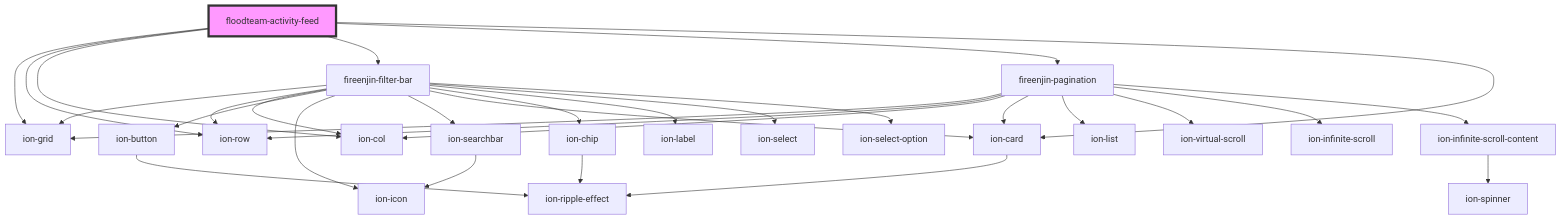
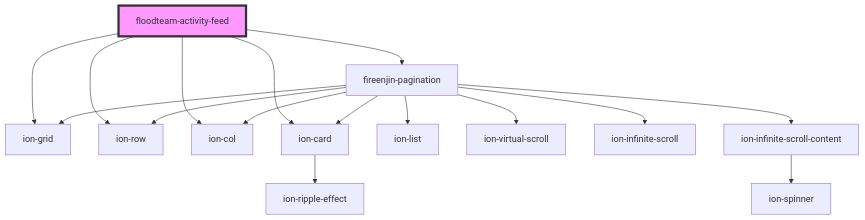
One commit to FloodTeam/components changed the diagram in src/components/activity-feed/readme.md. Above: the diagram before and after it, drawn with Mermaid. The commit also changed other lines of this file and 3 other files, not shown here.

````diff
--- a/src/components/activity-feed/readme.md
+++ b/src/components/activity-feed/readme.md
@@ -36,34 +35,19 @@
 ```mermaid
 graph TD;
   floodteam-activity-feed --> ion-grid
   floodteam-activity-feed --> ion-row
   floodteam-activity-feed --> ion-col
-  floodteam-activity-feed --> fireenjin-filter-bar
   floodteam-activity-feed --> fireenjin-pagination
   floodteam-activity-feed --> ion-card
-  fireenjin-filter-bar --> ion-grid
-  fireenjin-filter-bar --> ion-row
-  fireenjin-filter-bar --> ion-col
-  fireenjin-filter-bar --> ion-button
-  fireenjin-filter-bar --> ion-icon
-  fireenjin-filter-bar --> ion-searchbar
-  fireenjin-filter-bar --> ion-card
-  fireenjin-filter-bar --> ion-chip
-  fireenjin-filter-bar --> ion-label
-  fireenjin-filter-bar --> ion-select
-  fireenjin-filter-bar --> ion-select-option
-  ion-button --> ion-ripple-effect
-  ion-searchbar --> ion-icon
-  ion-card --> ion-ripple-effect
-  ion-chip --> ion-ripple-effect
   fireenjin-pagination --> ion-grid
   fireenjin-pagination --> ion-row
   fireenjin-pagination --> ion-col
   fireenjin-pagination --> ion-card
   fireenjin-pagination --> ion-list
   fireenjin-pagination --> ion-virtual-scroll
   fireenjin-pagination --> ion-infinite-scroll
   fireenjin-pagination --> ion-infinite-scroll-content
+  ion-card --> ion-ripple-effect
   ion-infinite-scroll-content --> ion-spinner
   style floodteam-activity-feed fill:#f9f,stroke:#333,stroke-width:4px
 ```
````
